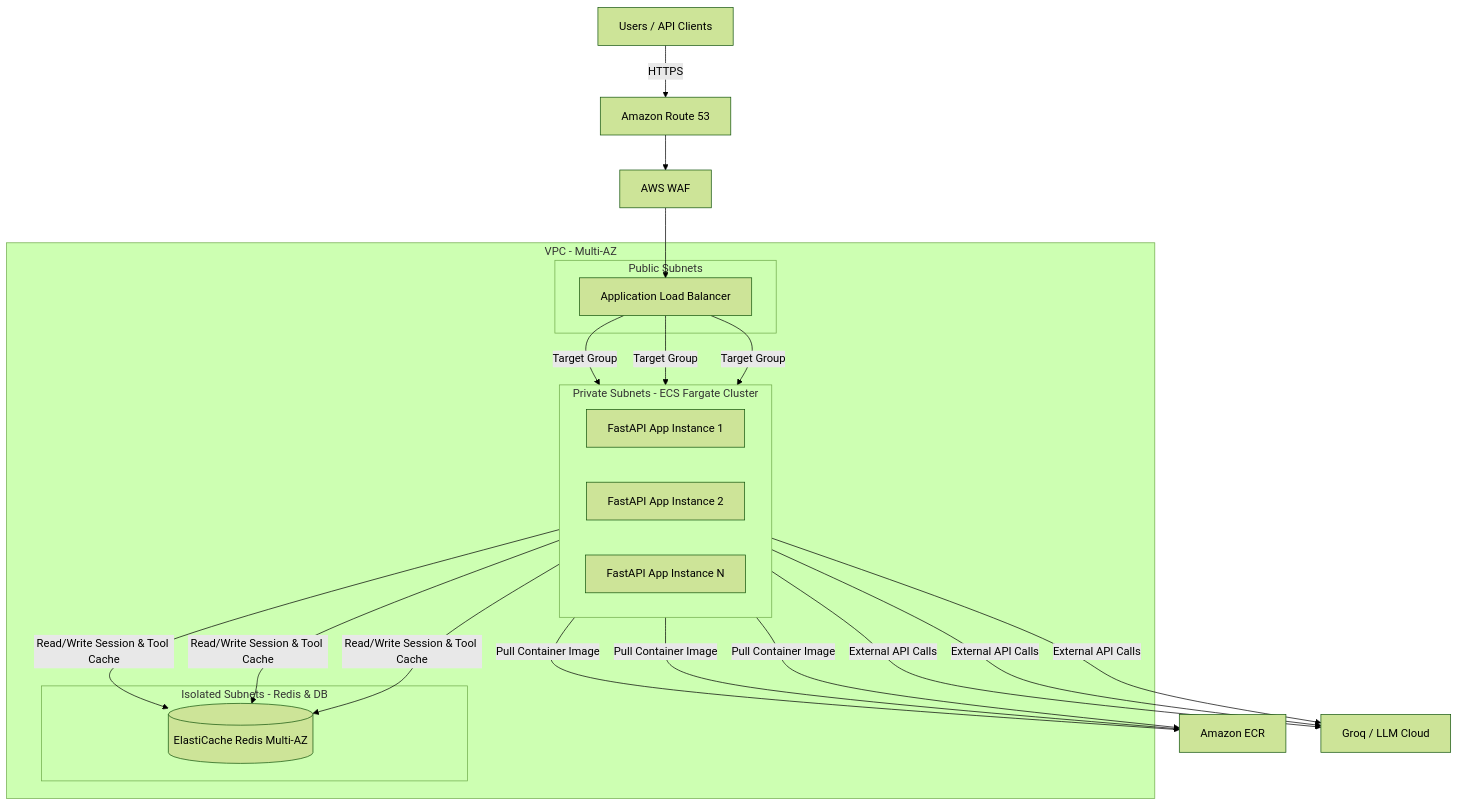
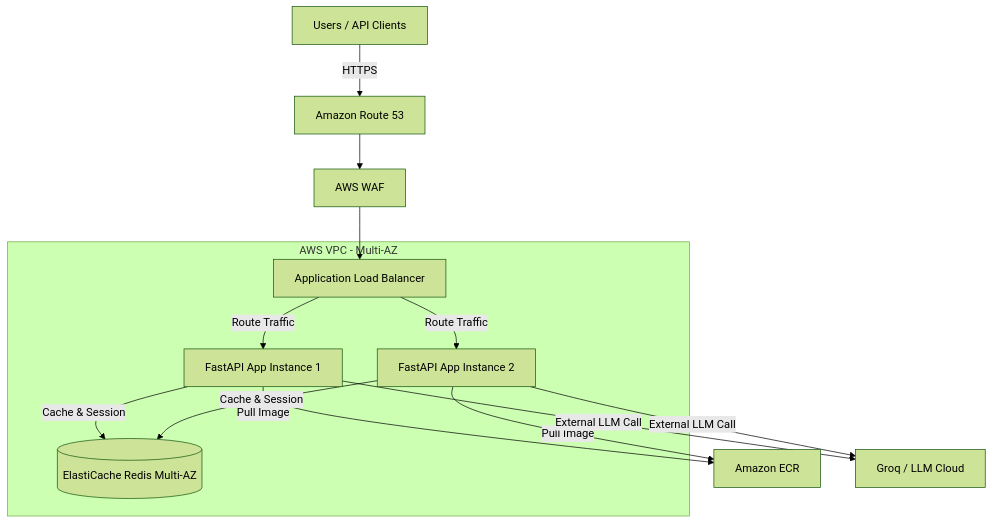
The second of 2 diagrams in README.md (FaisalMahamudCS/reelo-ai), drawn with Mermaid (forest theme) before and after one commit.

Commit message:
docs: simplify and clean up architecture diagram in README

````diff
--- a/README.md
+++ b/README.md
@@ -59,32 +59,20 @@
 ```mermaid
 graph TD
     User[Users / API Clients] -->|HTTPS| Route53[Amazon Route 53]
     Route53 --> WAF[AWS WAF]
     WAF --> ALB[Application Load Balancer]
     
-    subgraph VPC [VPC - Multi-AZ]
-        subgraph PublicSubnets [Public Subnets]
-            ALB
-        end
+    subgraph VPC [AWS VPC - Multi-AZ]
+        ALB -->|Route Traffic| Task1[FastAPI App Instance 1]
+        ALB -->|Route Traffic| Task2[FastAPI App Instance 2]
         
-        subgraph PrivateSubnets [Private Subnets - ECS Fargate Cluster]
-            direction LR
-            Task1[FastAPI App Instance 1]
-            Task2[FastAPI App Instance 2]
-            TaskN[FastAPI App Instance N]
-        end
-        
-        subgraph DataSubnets [Isolated Subnets - Redis & DB]
-            Redis[(ElastiCache Redis Multi-AZ)]
-        end
+        Task1 -->|Cache & Session| Redis[(ElastiCache Redis Multi-AZ)]
+        Task2 -->|Cache & Session| Redis
     end
     
-    ALB -->|Target Group| Task1
-    ALB -->|Target Group| Task2
-    ALB -->|Target Group| TaskN
+    Task1 -->|Pull Image| ECR[Amazon ECR]
+    Task2 -->|Pull Image| ECR
     
-    Task1 & Task2 & TaskN -->|Read/Write Session & Tool Cache| Redis
-    Task1 & Task2 & TaskN -->|Pull Container Image| ECR[Amazon ECR]
-    
-    Task1 & Task2 & TaskN -->|External API Calls| GroqAPI[Groq / LLM Cloud]
+    Task1 -->|External LLM Call| GroqAPI[Groq / LLM Cloud]
+    Task2 -->|External LLM Call| GroqAPI[Groq / LLM Cloud]
 ```
````
